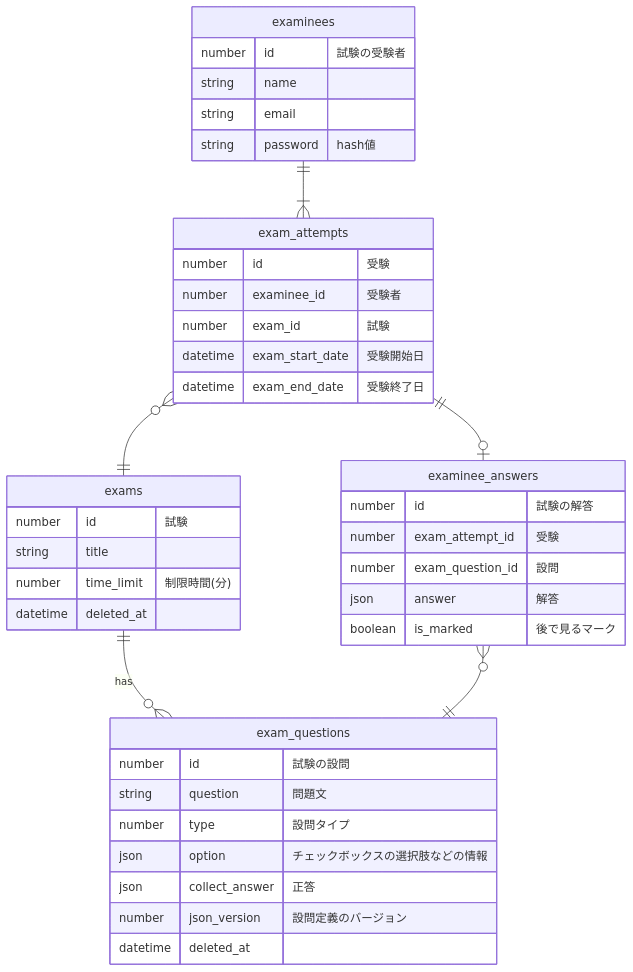
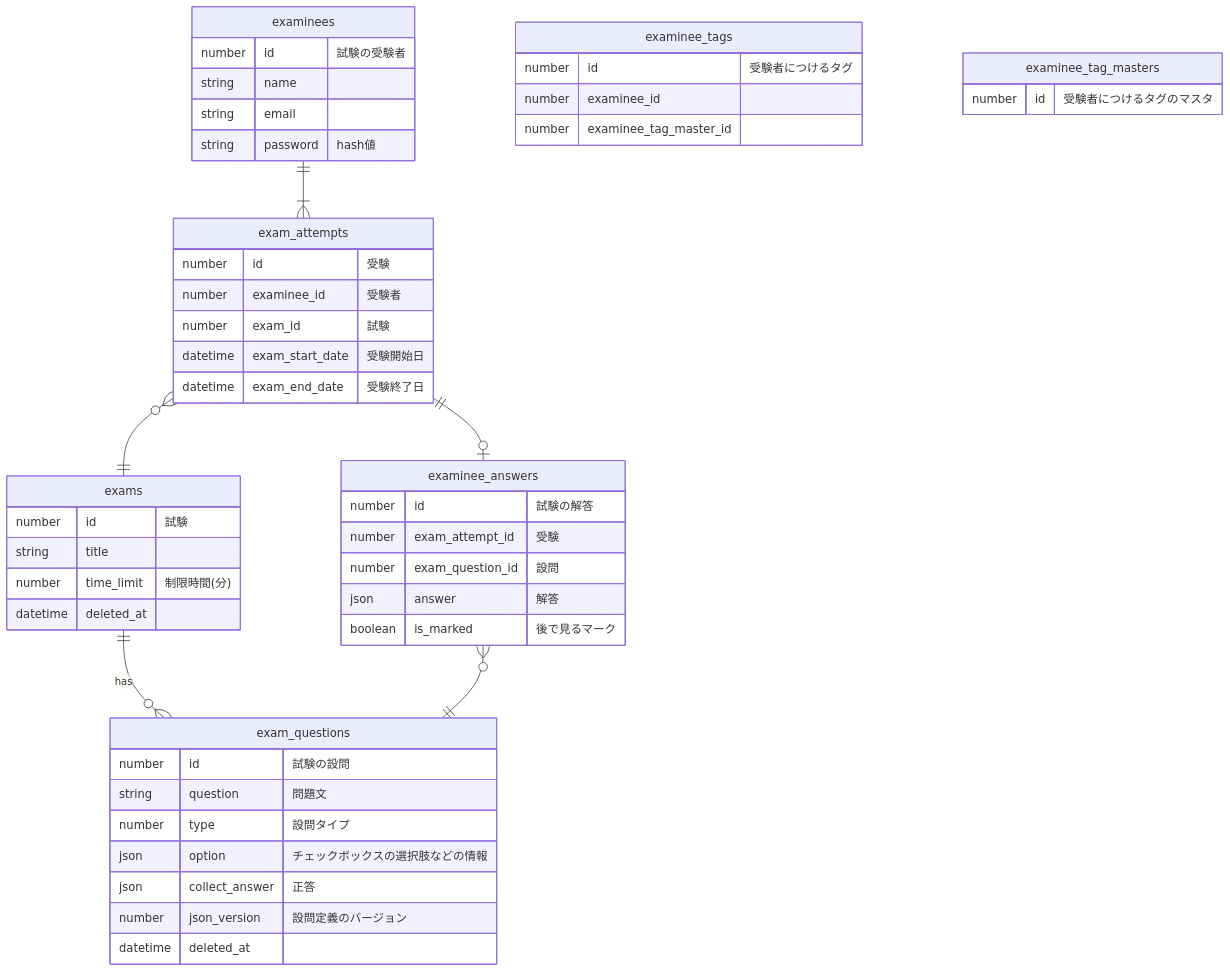
Before and after one commit to Nagisa-Ishikawa/AptitudeQuizMaster: the diagram in doc/ER図.md, drawn with Mermaid. The commit also changed 5 other files, not shown here.

````diff
--- a/doc/ER図.md
+++ b/doc/ER図.md
@@ -23,46 +23,54 @@
 ```mermaid
 erDiagram
 	examinees {
 		number id "試験の受験者"
 		string name
 		string email
 		string password "hash値"
+	}
+	examinee_tags {
+		number id "受験者につけるタグ"
+		number examinee_id
+		number examinee_tag_master_id
+	}
+	examinee_tag_masters {
+		number id "受験者につけるタグのマスタ"
 	}
 	exam_attempts{
 		number id "受験"
 		number examinee_id "受験者"
 		number exam_id "試験"
 		datetime exam_start_date "受験開始日"
 		datetime exam_end_date "受験終了日"
 	}
 	examinee_answers {
 		number id "試験の解答"
 		number exam_attempt_id "受験"
 		number exam_question_id "設問"
 		json answer "解答"
 		boolean is_marked "後で見るマーク"
 	}
 	exams {
 		number id "試験"
 		string title
 		number time_limit "制限時間(分)"
 		datetime deleted_at
 	}
 	exam_questions {
 		number id "試験の設問"
 		string question "問題文"
 		number type "設問タイプ"
 		json option "チェックボックスの選択肢などの情報"
 		json collect_answer "正答"
 		number json_version "設問定義のバージョン"
 		datetime deleted_at
 	}
 
 	examinees ||--|{ exam_attempts : ""
 	exam_attempts ||--o| examinee_answers: ""
 	exam_attempts }o--|| exams: ""
 	exams ||--o{ exam_questions : "has"
 	examinee_answers }o--|| exam_questions : ""
 	
 
 ```
````
